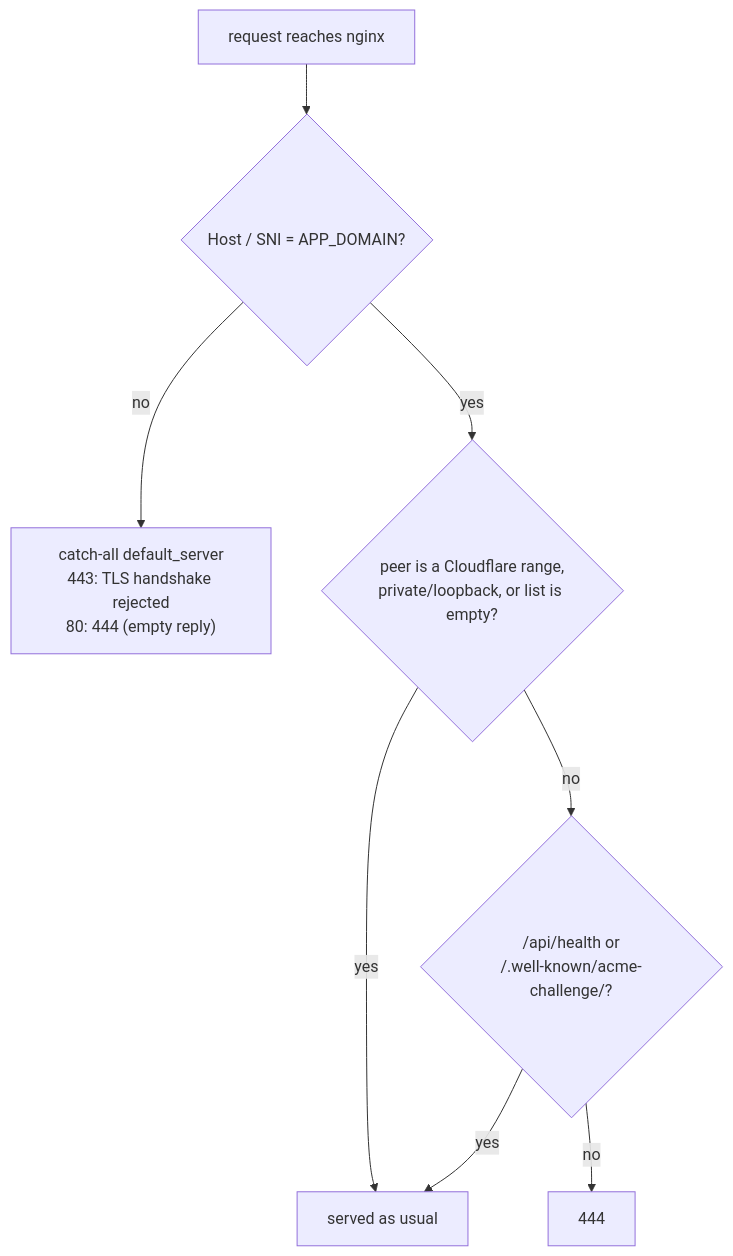
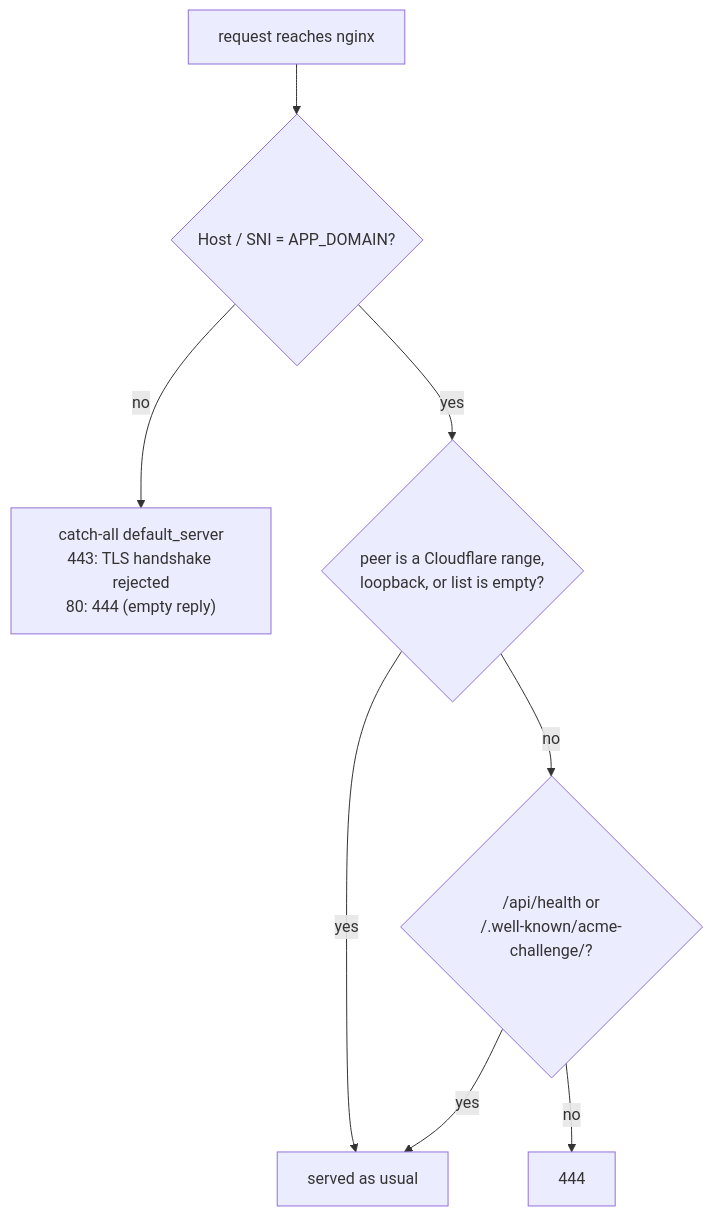
Before and after one commit to tareq89/biddaloy: the second of 4 diagrams in docs/architecture/07-deployment.md, drawn with Mermaid. The commit also changed other lines of this file and 2 other files, not shown here.

````diff
--- a/docs/architecture/07-deployment.md
+++ b/docs/architecture/07-deployment.md
@@ -29,10 +29,10 @@
 ```mermaid
 flowchart TD
   R["request reaches nginx"] --> H{"Host / SNI = APP_DOMAIN?"}
   H -- no --> D["catch-all default_server<br/>443: TLS handshake rejected<br/>80: 444 (empty reply)"]
-  H -- yes --> P{"peer is a Cloudflare range,<br/>private/loopback, or list is empty?"}
+  H -- yes --> P{"peer is a Cloudflare range,<br/>loopback, or list is empty?"}
   P -- yes --> OK["served as usual"]
   P -- no --> E{"/api/health or<br/>/.well-known/acme-challenge/?"}
   E -- yes --> OK
   E -- no --> X["444"]
 ```
````
